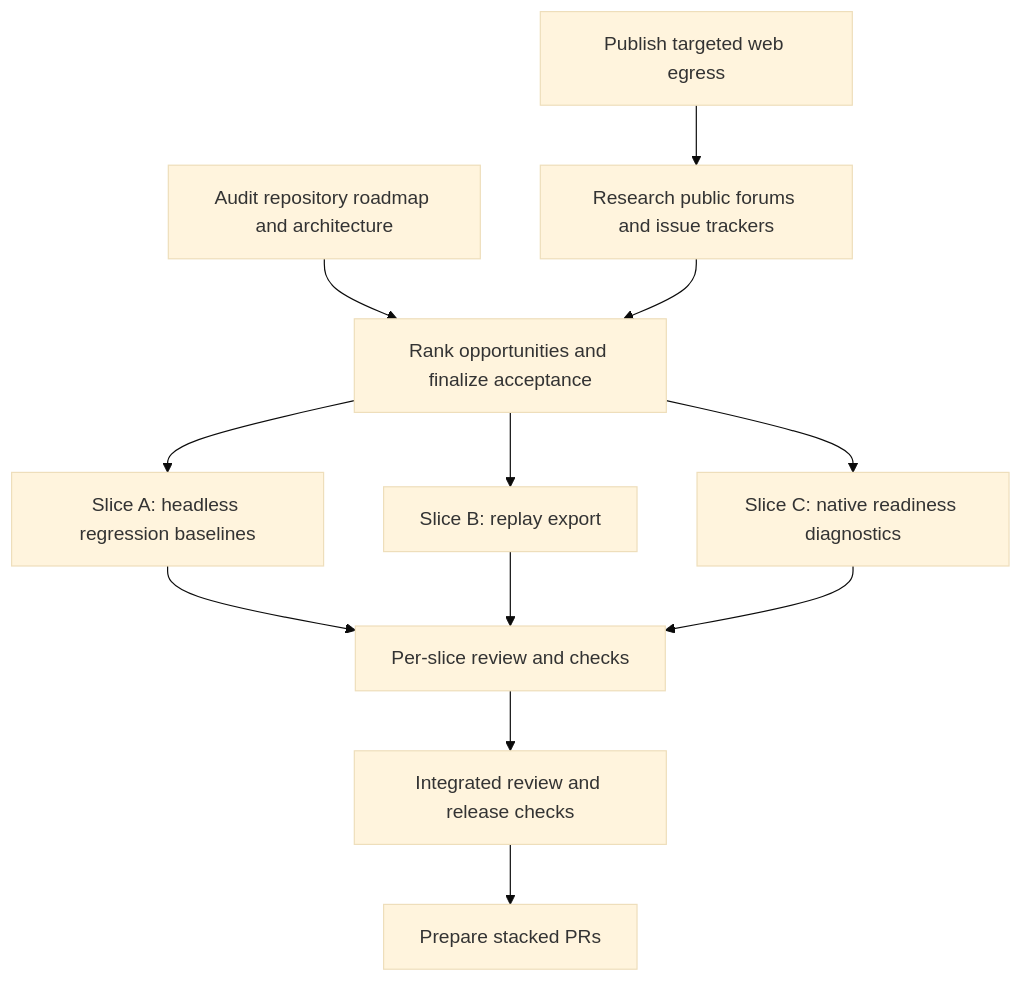
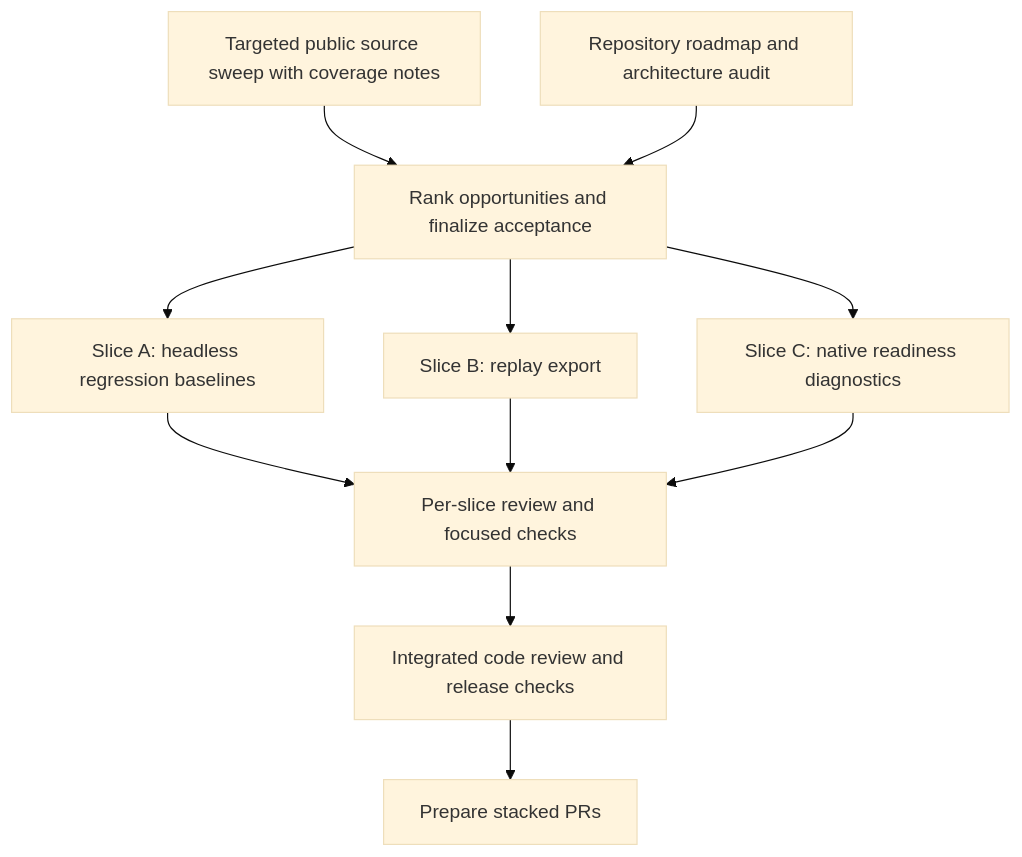
One commit to SYMBaiEX/OpenController changed the diagram in docs/roadmap/ai-gaming-opportunities.md. Above: the diagram before and after it, drawn with Mermaid (base theme). The commit also changed other lines of this file, not shown here.

Commit message:
docs: rank opportunities from live community research

````diff
--- a/docs/roadmap/ai-gaming-opportunities.md
+++ b/docs/roadmap/ai-gaming-opportunities.md
@@ -125,14 +129,13 @@
 ```mermaid
 flowchart TD
-  A[Publish targeted web egress] --> B[Research public forums and issue trackers]
-  C[Audit repository roadmap and architecture] --> D[Rank opportunities and finalize acceptance]
-  B --> D
-  D --> E[Slice A: headless regression baselines]
-  D --> F[Slice B: replay export]
-  D --> G[Slice C: native readiness diagnostics]
-  E --> H[Per-slice review and checks]
+  A[Targeted public source sweep with coverage notes] --> C[Rank opportunities and finalize acceptance]
+  B[Repository roadmap and architecture audit] --> C
+  C --> E[Slice A: headless regression baselines]
+  C --> F[Slice B: replay export]
+  C --> G[Slice C: native readiness diagnostics]
+  E --> H[Per-slice review and focused checks]
   F --> H
   G --> H
-  H --> I[Integrated review and release checks]
+  H --> I[Integrated code review and release checks]
   I --> J[Prepare stacked PRs]
 ```
````
